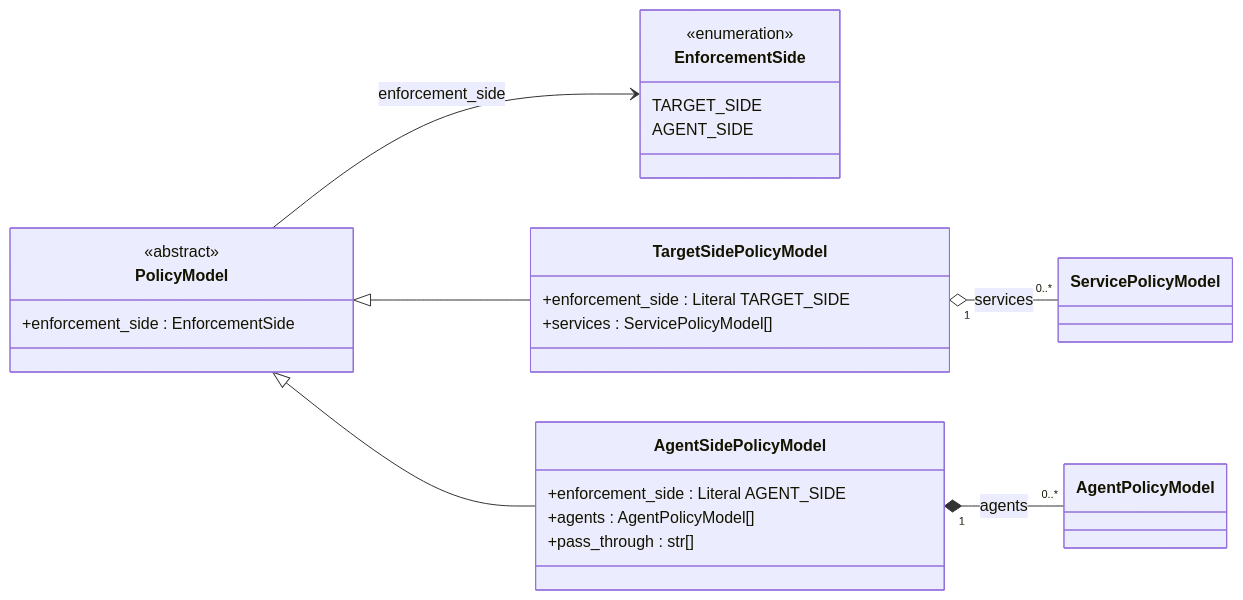
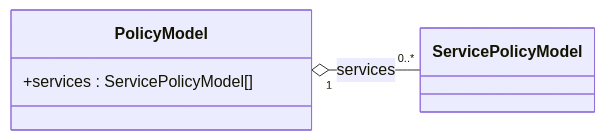
One commit to rossoctl/aiac changed the second of 2 diagrams in docs/specs/components/policy-model.md. Above: the diagram before and after it, drawn with Mermaid. The commit also changed other lines of this file and 43 other files, not shown here.

First line of the commit message:
refactor: remove the agent side from the manifests, the demo and the docs

````diff
--- a/docs/specs/components/policy-model.md
+++ b/docs/specs/components/policy-model.md
@@ -148,29 +137,10 @@
 ```mermaid
 classDiagram
     direction LR
 
     class PolicyModel {
-        <<abstract>>
-        +enforcement_side : EnforcementSide
-    }
-    class EnforcementSide {
-        <<enumeration>>
-        TARGET_SIDE
-        AGENT_SIDE
-    }
-    class TargetSidePolicyModel {
-        +enforcement_side : Literal TARGET_SIDE
         +services : ServicePolicyModel[]
     }
-    class AgentSidePolicyModel {
-        +enforcement_side : Literal AGENT_SIDE
-        +agents : AgentPolicyModel[]
-        +pass_through : str[]
-    }
 
-    PolicyModel <|-- TargetSidePolicyModel
-    PolicyModel <|-- AgentSidePolicyModel
-    PolicyModel --> EnforcementSide : enforcement_side
-    TargetSidePolicyModel "1" o-- "0..*" ServicePolicyModel : services
-    AgentSidePolicyModel "1" *-- "0..*" AgentPolicyModel : agents
+    PolicyModel "1" o-- "0..*" ServicePolicyModel : services
 ```
````
